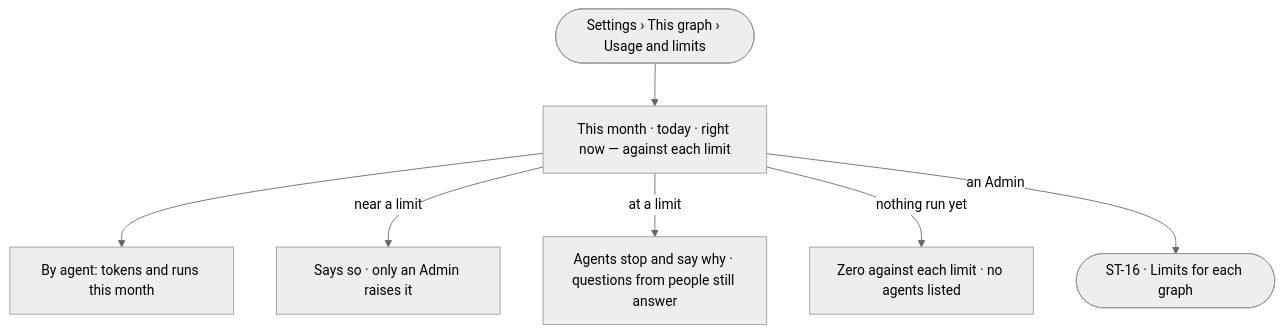
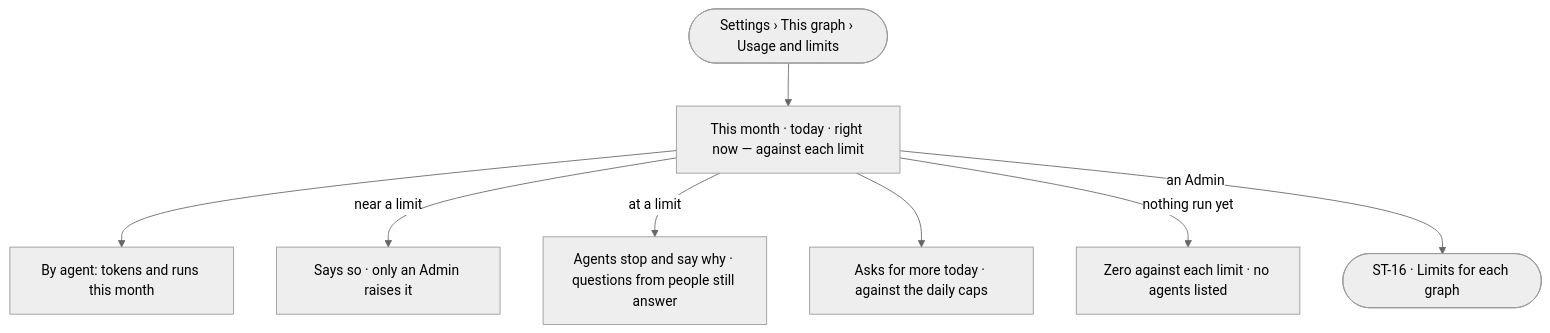
Before and after one commit to invana/invana: the diagram in specs/products/settings/features/ST-F01-this-graph/stories/ST-13-read-what-this-graph-spends-against-its-limits/story.md, drawn with Mermaid (neutral theme). The commit also changed other lines of this file and 24 other files, not shown here.

````diff
--- a/specs/products/settings/features/ST-F01-this-graph/stories/ST-13-read-what-this-graph-spends-against-its-limits/story.md
+++ b/specs/products/settings/features/ST-F01-this-graph/stories/ST-13-read-what-this-graph-spends-against-its-limits/story.md
@@ -26,9 +26,10 @@
 ```mermaid
 flowchart TD
   s([Settings › This graph › Usage and limits]) --> m["This month · today · right now — against each limit"]
   m --> by["By agent: tokens and runs this month"]
   m -->|near a limit| nl["Says so · only an Admin raises it"]
   m -->|at a limit| at["Agents stop and say why · questions from people still answer"]
+  m --> cap["Asks for more today · against the daily caps"]
   m -->|nothing run yet| z["Zero against each limit · no agents listed"]
   m -->|an Admin| lim(["ST-16 · Limits for each graph"])
 ```
````
